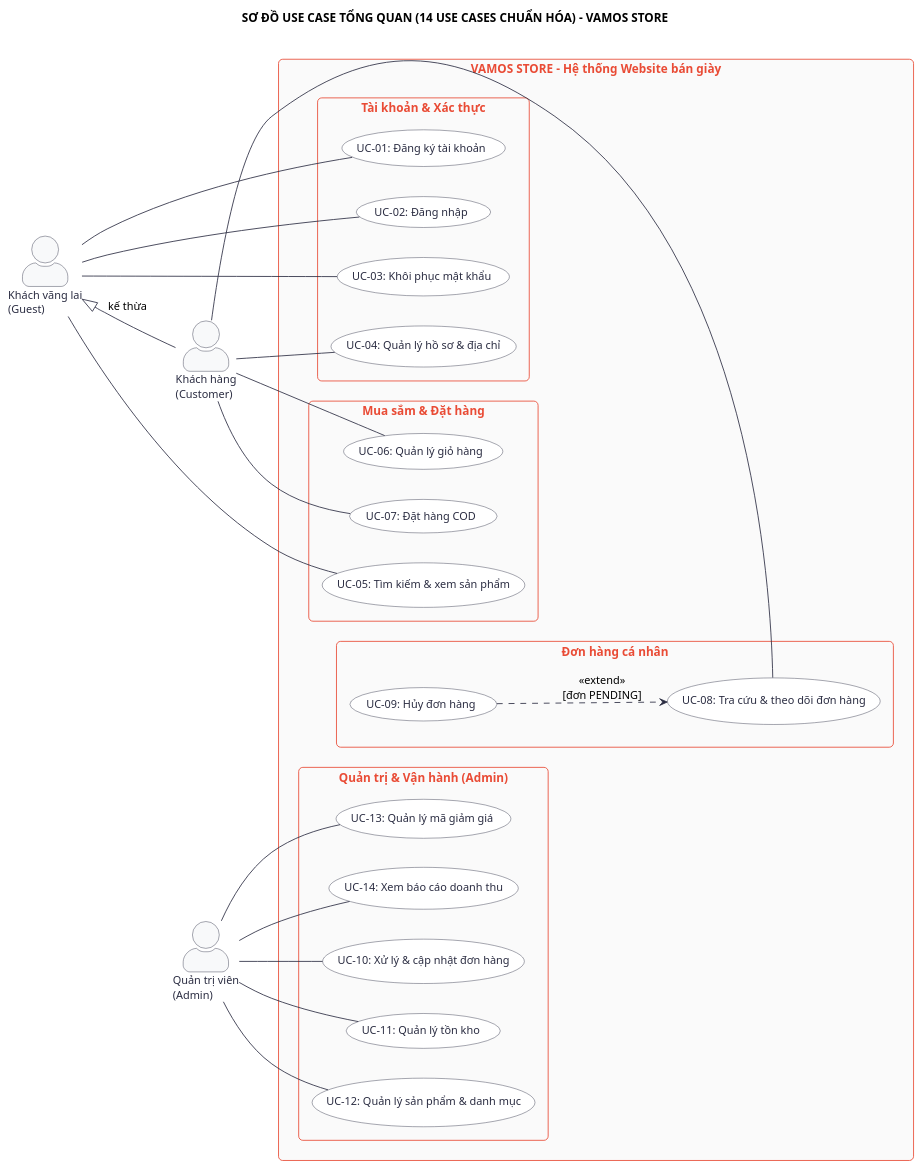
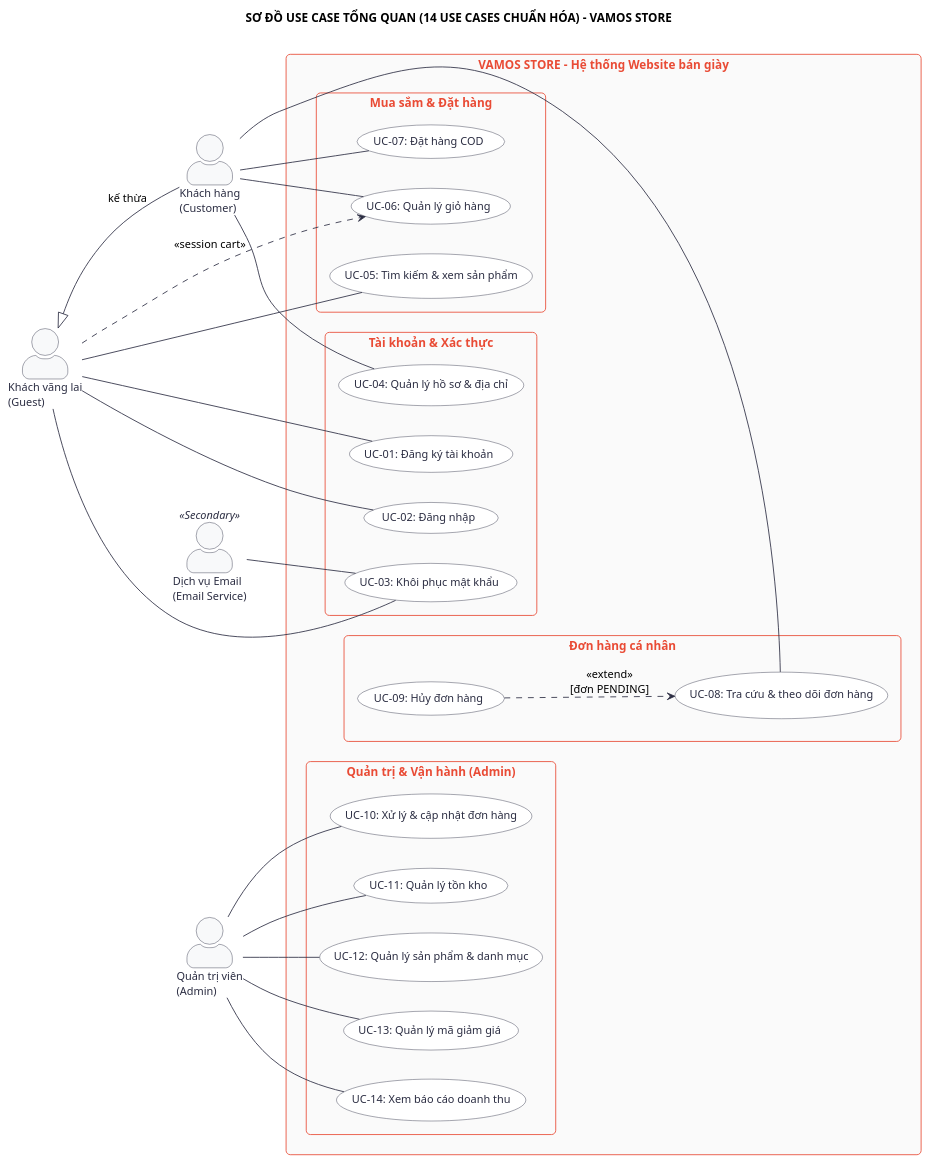
One commit to dungtttd01702-coder/vamos-store changed the diagram in docs/diagrams/use-case/uc-00-overview.puml. Above: the diagram before and after it, drawn with PlantUML. The commit also changed 50 other files, not shown here.

```diff
--- a/docs/diagrams/use-case/uc-00-overview.puml
+++ b/docs/diagrams/use-case/uc-00-overview.puml
@@ -1,90 +1,95 @@
 @startuml uc-00-overview
 title SƠ ĐỒ USE CASE TỔNG QUAN (14 USE CASES CHUẨN HÓA) - VAMOS STORE
 left to right direction
 skinparam packageStyle rectangle
 skinparam roundcorner 10
 skinparam actorStyle awesome
 skinparam shadowing false
 
 skinparam usecase {
     BackgroundColor #FFFFFF
     BorderColor #2B2D42
     FontColor #2B2D42
     FontSize 13
     ArrowColor #2B2D42
 }
 
 skinparam actor {
     BackgroundColor #F8F9FA
     BorderColor #2B2D42
     FontColor #2B2D42
     FontSize 13
 }
 
 skinparam rectangle {
     BackgroundColor #FAFAFA
     BorderColor #E94B35
     FontColor #E94B35
     FontSize 14
 }
 
-' Danh sách 3 Actors chính (Bên trái: Người mua, Bên phải: Quản trị)
+' Danh sách Actors: 3 Human Actors chính + 1 Secondary Actor
 actor "Khách vãng lai\n(Guest)" as Guest
 actor "Khách hàng\n(Customer)" as Customer
 actor "Quản trị viên\n(Admin)" as Admin
+actor "Dịch vụ Email\n(Email Service)" as EmailSvc <<Secondary>>
 
 ' Quan hệ kế thừa
 Customer -up-|> Guest : "kế thừa"
 
 rectangle "VAMOS STORE - Hệ thống Website bán giày" {
 
     package "Tài khoản & Xác thực" {
         usecase "UC-01: Đăng ký tài khoản" as UC01
         usecase "UC-02: Đăng nhập" as UC02
         usecase "UC-03: Khôi phục mật khẩu" as UC03
         usecase "UC-04: Quản lý hồ sơ & địa chỉ" as UC04
     }
 
     package "Mua sắm & Đặt hàng" {
         usecase "UC-05: Tìm kiếm & xem sản phẩm" as UC05
         usecase "UC-06: Quản lý giỏ hàng" as UC06
         usecase "UC-07: Đặt hàng COD" as UC07
     }
 
     package "Đơn hàng cá nhân" {
         usecase "UC-08: Tra cứu & theo dõi đơn hàng" as UC08
         usecase "UC-09: Hủy đơn hàng" as UC09
     }
 
     package "Quản trị & Vận hành (Admin)" {
         usecase "UC-10: Xử lý & cập nhật đơn hàng" as UC10
         usecase "UC-11: Quản lý tồn kho" as UC11
         usecase "UC-12: Quản lý sản phẩm & danh mục" as UC12
         usecase "UC-13: Quản lý mã giảm giá" as UC13
         usecase "UC-14: Xem báo cáo doanh thu" as UC14
     }
 }
 
 ' Liên kết Khách vãng lai (Guest)
 Guest -- UC01
 Guest -- UC02
 Guest -- UC03
 Guest -- UC05
+Guest ..> UC06 : "<<session cart>>"
+
+' Liên kết Secondary Actor
+EmailSvc -- UC03
 
 ' Liên kết Khách hàng (Customer)
 Customer -- UC04
 Customer -- UC06
 Customer -- UC07
 Customer -- UC08
 
 ' Mở rộng Hủy đơn (Extend có điều kiện)
 UC09 ..> UC08 : "<<extend>>\n[đơn PENDING]"
 
 ' Liên kết Quản trị viên (Admin)
 Admin -- UC10
 Admin -- UC11
 Admin -- UC12
 Admin -- UC13
 Admin -- UC14
 
 @enduml
```
